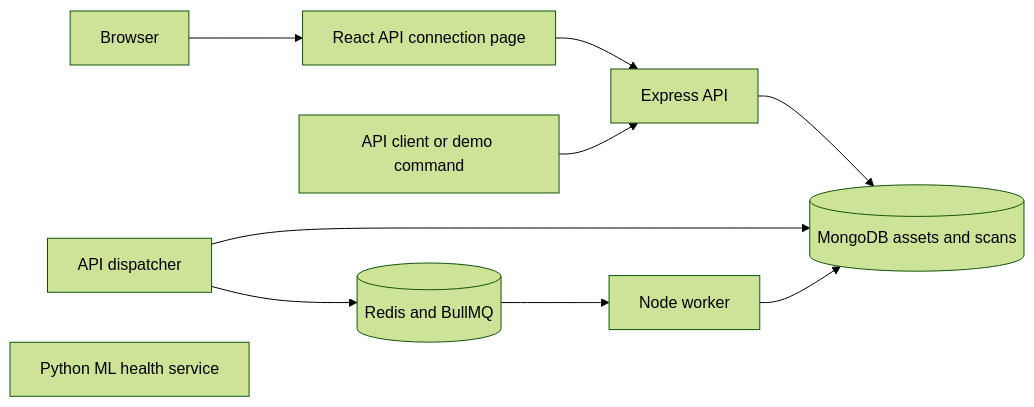
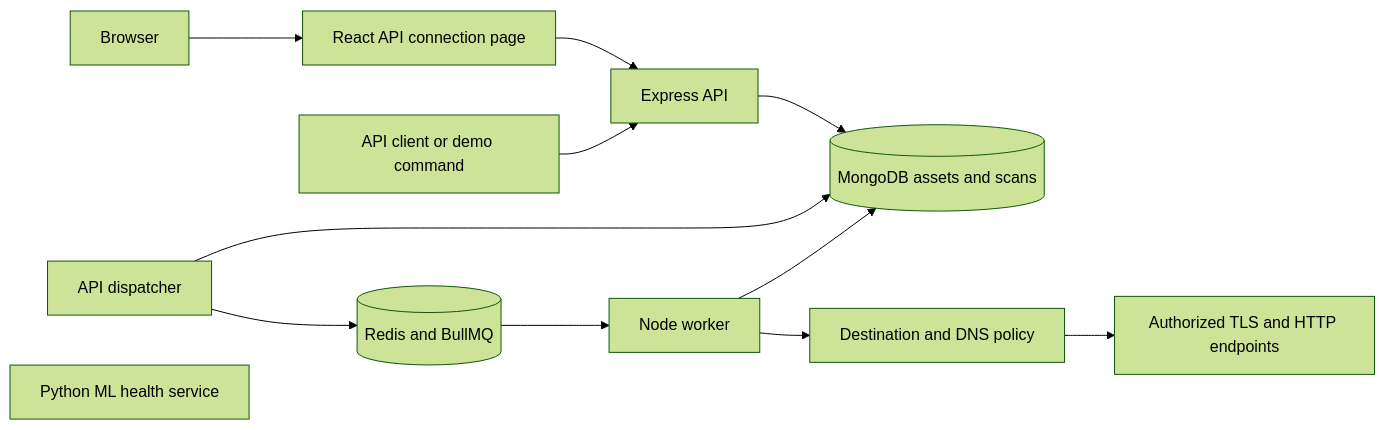
The diagram in docs/architecture.md (liorma6/AI-security-agent-), drawn with Mermaid (forest theme) before and after one commit. The commit also changed 3 other files, not shown here.

````diff
--- a/docs/architecture.md
+++ b/docs/architecture.md
@@ -5,12 +5,14 @@
 ```mermaid
 flowchart LR
     Browser --> Web[React API connection page]
     Web --> API[Express API]
     Client[API client or demo command] --> API
     API --> Mongo[(MongoDB assets and scans)]
     Dispatcher[API dispatcher] --> Mongo
     Dispatcher --> Redis[(Redis and BullMQ)]
     Redis --> Worker[Node worker]
     Worker --> Mongo
+    Worker --> Policy[Destination and DNS policy]
+    Policy --> Target[Authorized TLS and HTTP endpoints]
     ML[Python ML health service]
 ```
````
